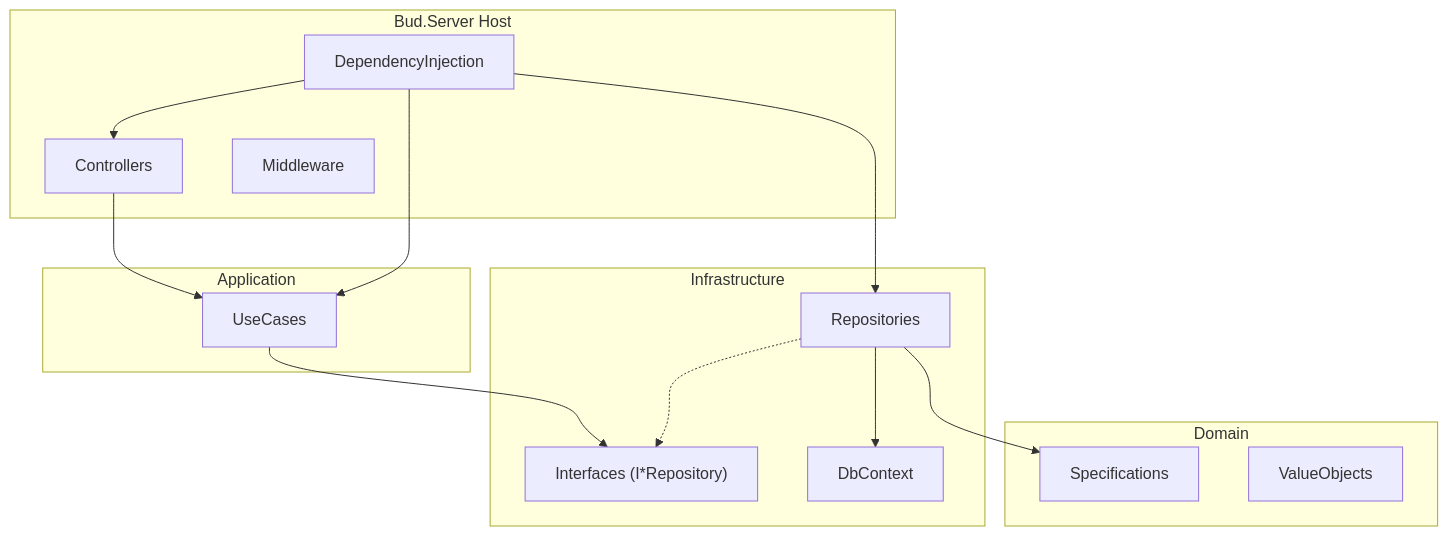
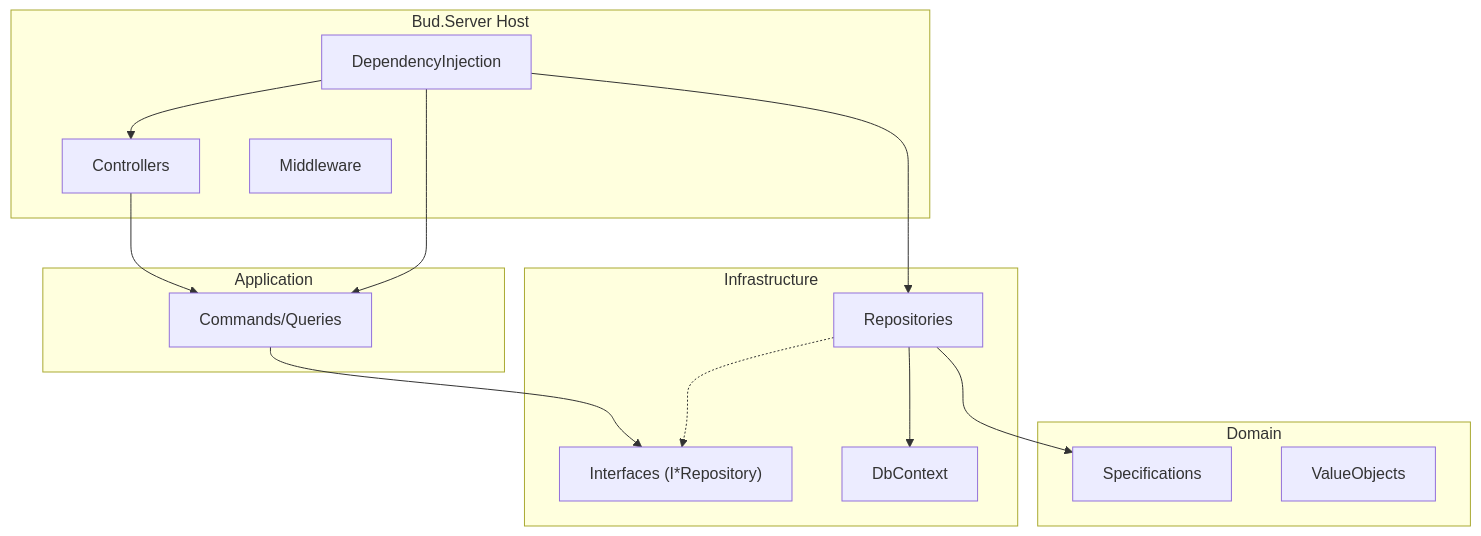
One commit to dsbraz/bud changed the seventh of 10 diagrams in README.md. Above: the diagram before and after it, drawn with Mermaid. The commit also changed other lines of this file and 155 other files, not shown here.

Commit message:
refactor: migrate application use cases to commands and queries

````diff
--- a/README.md
+++ b/README.md
@@ -261,29 +261,29 @@
 ```mermaid
 flowchart TB
     subgraph Host["Bud.Server Host"]
       Controllers
       Middleware
       DependencyInjection
     end
     subgraph App["Application"]
-      UseCases
+      Commands/Queries
     end
     subgraph Domain["Domain"]
       Specifications
       ValueObjects
     end
     subgraph Infra["Infrastructure"]
       Interfaces["Interfaces (I*Repository)"]
       Repositories
       DbContext
     end
 
-    Controllers --> UseCases
-    UseCases --> Interfaces
+    Controllers --> Commands/Queries
+    Commands/Queries --> Interfaces
     Repositories -.-> Interfaces
     Repositories --> DbContext
     Repositories --> Specifications
     DependencyInjection --> Controllers
-    DependencyInjection --> UseCases
+    DependencyInjection --> Commands/Queries
     DependencyInjection --> Repositories
 ```
````
